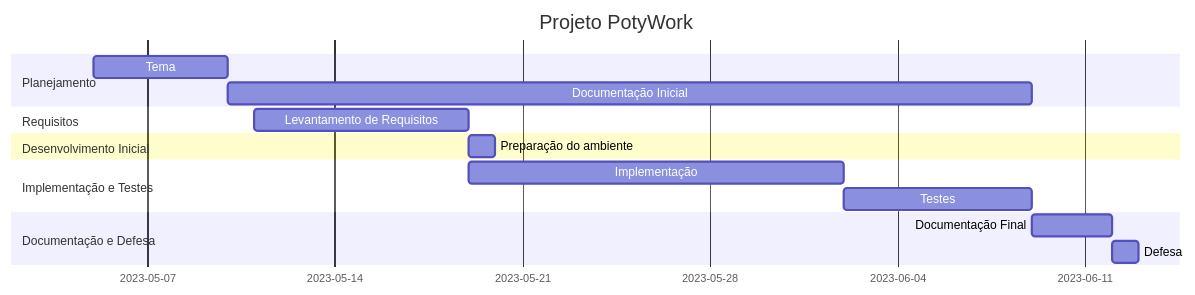
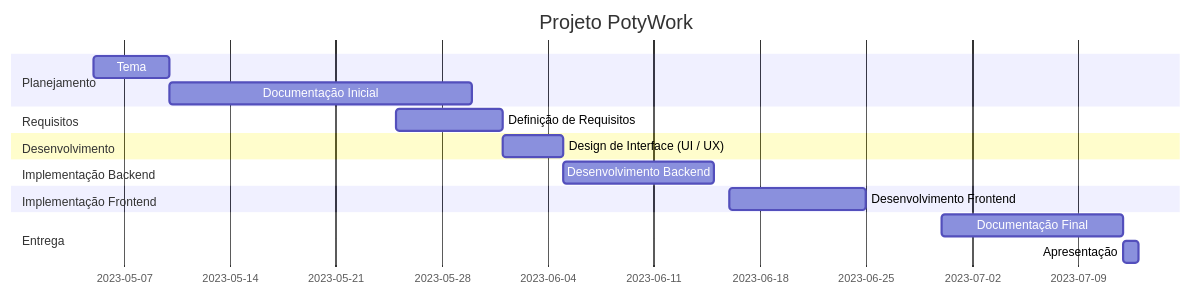
Before and after one commit to Milton-Neves/projeto-integrador: the diagram in README.md, drawn with Mermaid.

````diff
--- a/README.md
+++ b/README.md
@@ -7,24 +7,26 @@
 ```mermaid
-    gantt
+gantt
     title Projeto PotyWork
     dateFormat  YYYY-MM-DD
 
     section Planejamento
     Tema           :a1, 2023-05-05, 5d
-    Documentação Inicial     :after a1  , 30d
+    Documentação Inicial     :after a1  , 20d
 
     section Requisitos
-    Levantamento de Requisitos      :2023-05-11  , 8d
+    Definição de Requisitos      :2023-05-25  , 7d
 
-    section Desenvolvimento Inicial
-    Preparação do ambiente      :2023-05-19  , 1d
+    section Desenvolvimento
+    Design de Interface (UI / UX)      :2023-06-01  , 4d
 
-    section Implementação e Testes
-    Implementação      :2023-05-19  , 14d
-    Testes     : 7d
+    section Implementação Backend
+    Desenvolvimento Backend      :2023-06-05  , 10d
 
-    section Documentação e Defesa
-    Documentação Final      :2023-06-09  , 3d
-    Defesa      : 1d
+    section Implementação Frontend
+    Desenvolvimento Frontend      :2023-06-16  , 9d
+
+    section Entrega
+    Documentação Final      :2023-06-30  , 12d
+    Apresentação: 2023-07-12  , 1d
 
 ```
````
